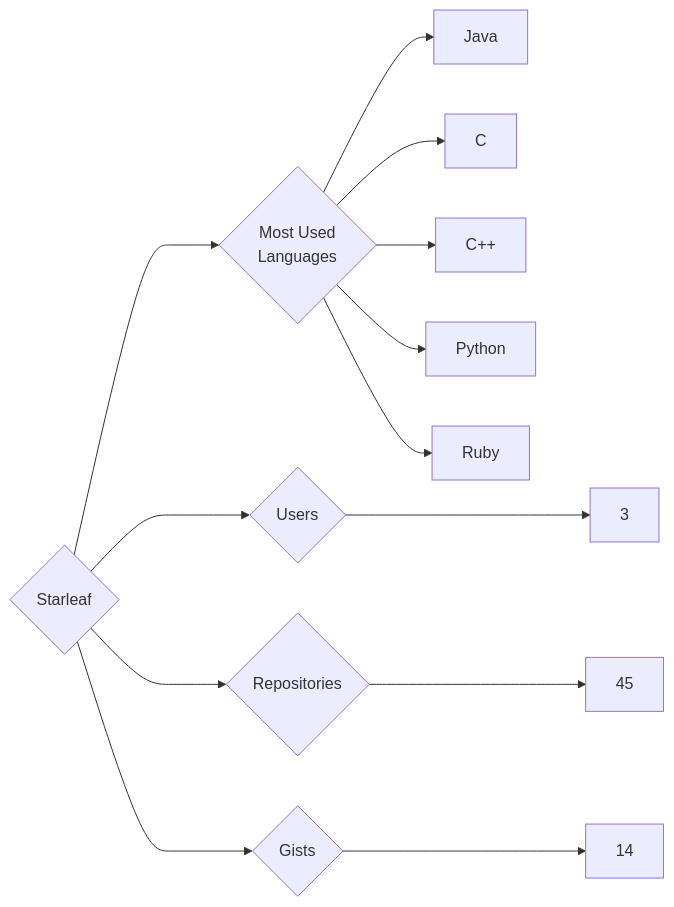
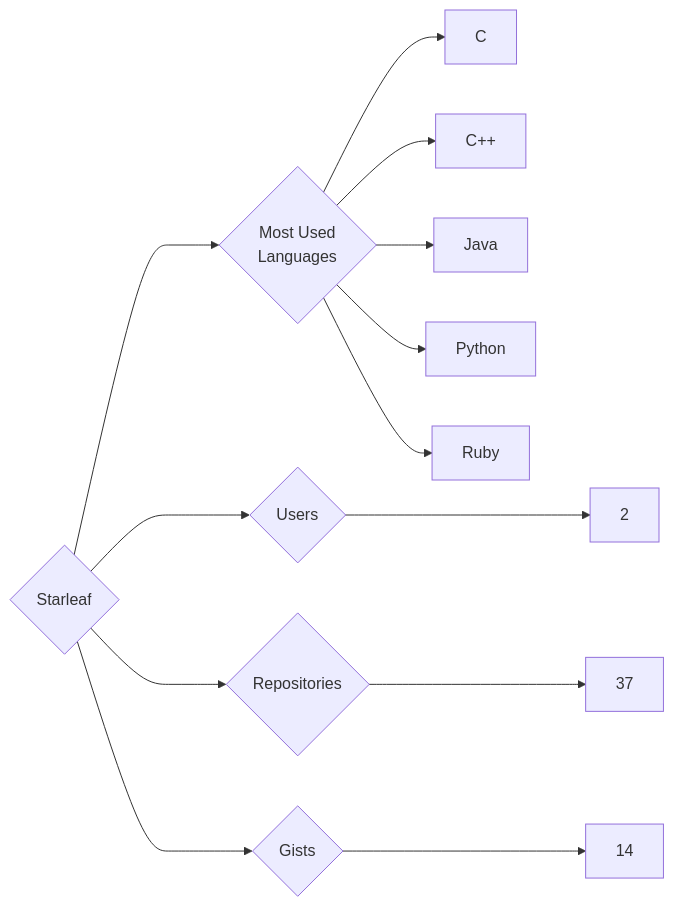
One commit to trickest/insiders changed the diagram in targets/Starleaf/README.md. Above: the diagram before and after it, drawn with Mermaid. The commit also changed 1484 other files, not shown here.

````diff
--- a/targets/Starleaf/README.md
+++ b/targets/Starleaf/README.md
@@ -3,13 +3,13 @@
 ```mermaid
 graph LR
 COMPANY_NAME{Starleaf}
-COMPANY_NAME ---> U{Users} ---> UN[3]
-COMPANY_NAME ---> R{Repositories} ---> RN[45]
+COMPANY_NAME ---> U{Users} ---> UN[2]
+COMPANY_NAME ---> R{Repositories} ---> RN[37]
 COMPANY_NAME ---> G{Gists} ---> GN[14]
 COMPANY_NAME ---> ML{Most Used<br>Languages}
-ML --> Java[Java]
 ML --> C[C]
 ML --> C++[C++]
+ML --> Java[Java]
 ML --> Python[Python]
 ML --> Ruby[Ruby]
 ```
````
